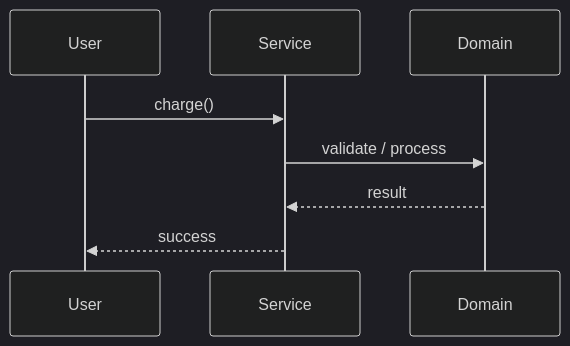
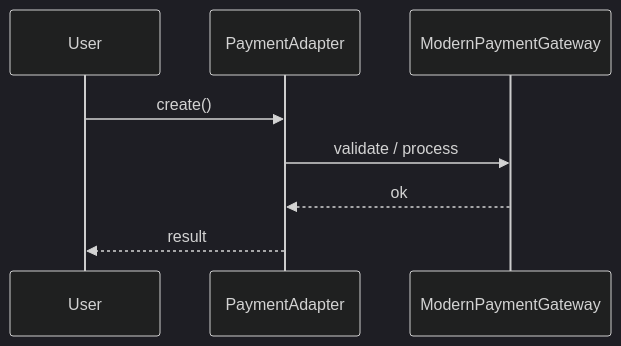
Before and after one commit to madhupaila/Interview-Prep-SSE: the second of 3 diagrams in Learn/System Design - Low Level Design/03-design-patterns/questions/Q07-adapter-legacy-payment.md, drawn with Mermaid (dark theme). The commit also changed other lines of this file and 491 other files, not shown here.

````diff
--- a/Learn/System Design - Low Level Design/03-design-patterns/questions/Q07-adapter-legacy-payment.md
+++ b/Learn/System Design - Low Level Design/03-design-patterns/questions/Q07-adapter-legacy-payment.md
@@ -120,10 +147,10 @@
 ```mermaid
 sequenceDiagram
-    participant U as User
-    participant S as Service
-    participant D as Domain
-    U->>S: charge()
-    S->>D: validate / process
-    D-->>S: result
-    S-->>U: success
+participant U as User
+participant S as PaymentAdapter
+participant D as ModernPaymentGateway
+U->>S: create()
+S->>D: validate / process
+D-->>S: ok
+S-->>U: result
 ```
````
